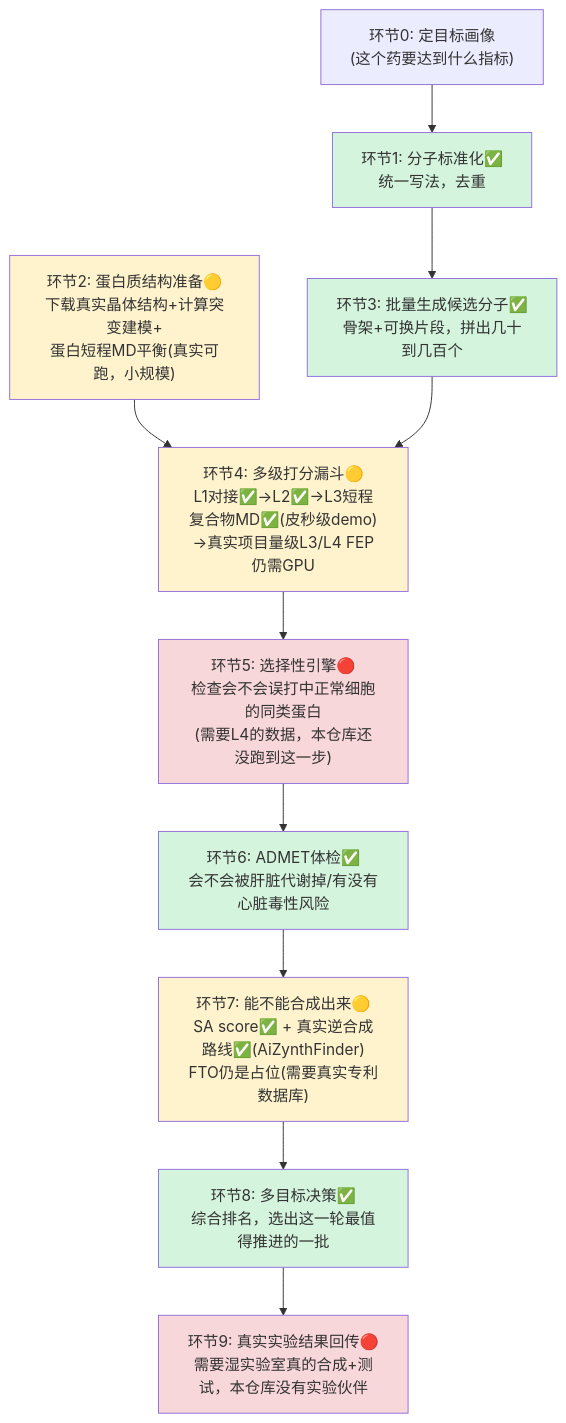
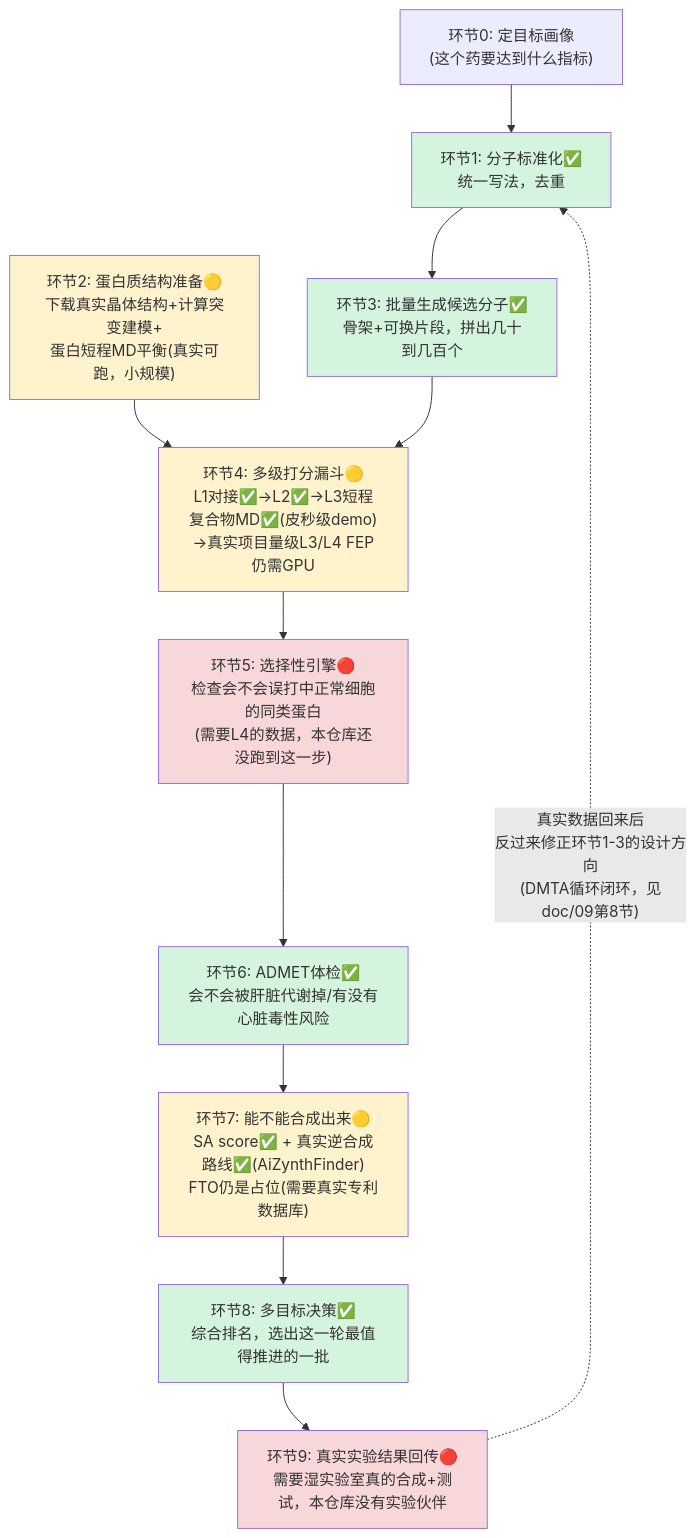
One commit to aidd-river-lab/egfr-4-drug changed the fourth of 9 diagrams in doc/16-visual-dashboard.md. Above: the diagram before and after it, drawn with Mermaid. The commit also changed other lines of this file and 8 other files, not shown here.

````diff
--- a/doc/16-visual-dashboard.md
+++ b/doc/16-visual-dashboard.md
@@ -92,23 +92,24 @@
 ```mermaid
 flowchart TD
     S0["环节0: 定目标画像\n(这个药要达到什么指标)"] --> S1
     S1["环节1: 分子标准化✅\n统一写法，去重"] --> S3
     S2["环节2: 蛋白质结构准备🟡\n下载真实晶体结构+计算突变建模+\n蛋白短程MD平衡(真实可跑，小规模)"] --> S4
     S3["环节3: 批量生成候选分子✅\n骨架+可换片段，拼出几十到几百个"] --> S4
     S4["环节4: 多级打分漏斗🟡\nL1对接✅→L2✅→L3短程复合物MD✅(皮秒级demo)\n→真实项目量级L3/L4 FEP仍需GPU"] --> S5
     S5["环节5: 选择性引擎🔴\n检查会不会误打中正常细胞的同类蛋白\n(需要L4的数据，本仓库还没跑到这一步)"] --> S6
     S6["环节6: ADMET体检✅\n会不会被肝脏代谢掉/有没有心脏毒性风险"] --> S7
     S7["环节7: 能不能合成出来🟡\nSA score✅ + 真实逆合成路线✅(AiZynthFinder)\nFTO仍是占位(需要真实专利数据库)"] --> S8
     S8["环节8: 多目标决策✅\n综合排名，选出这一轮最值得推进的一批"] --> S9
     S9["环节9: 真实实验结果回传🔴\n需要湿实验室真的合成+测试，本仓库没有实验伙伴"]
+    S9 -.真实数据回来后\n反过来修正环节1-3的设计方向\n(DMTA循环闭环，见doc/09第8节).-> S1
 
     style S1 fill:#d4f4dd
     style S3 fill:#d4f4dd
     style S6 fill:#d4f4dd
     style S8 fill:#d4f4dd
     style S2 fill:#fff3cd
     style S4 fill:#fff3cd
     style S7 fill:#fff3cd
     style S5 fill:#f8d7da
     style S9 fill:#f8d7da
 ```
````
